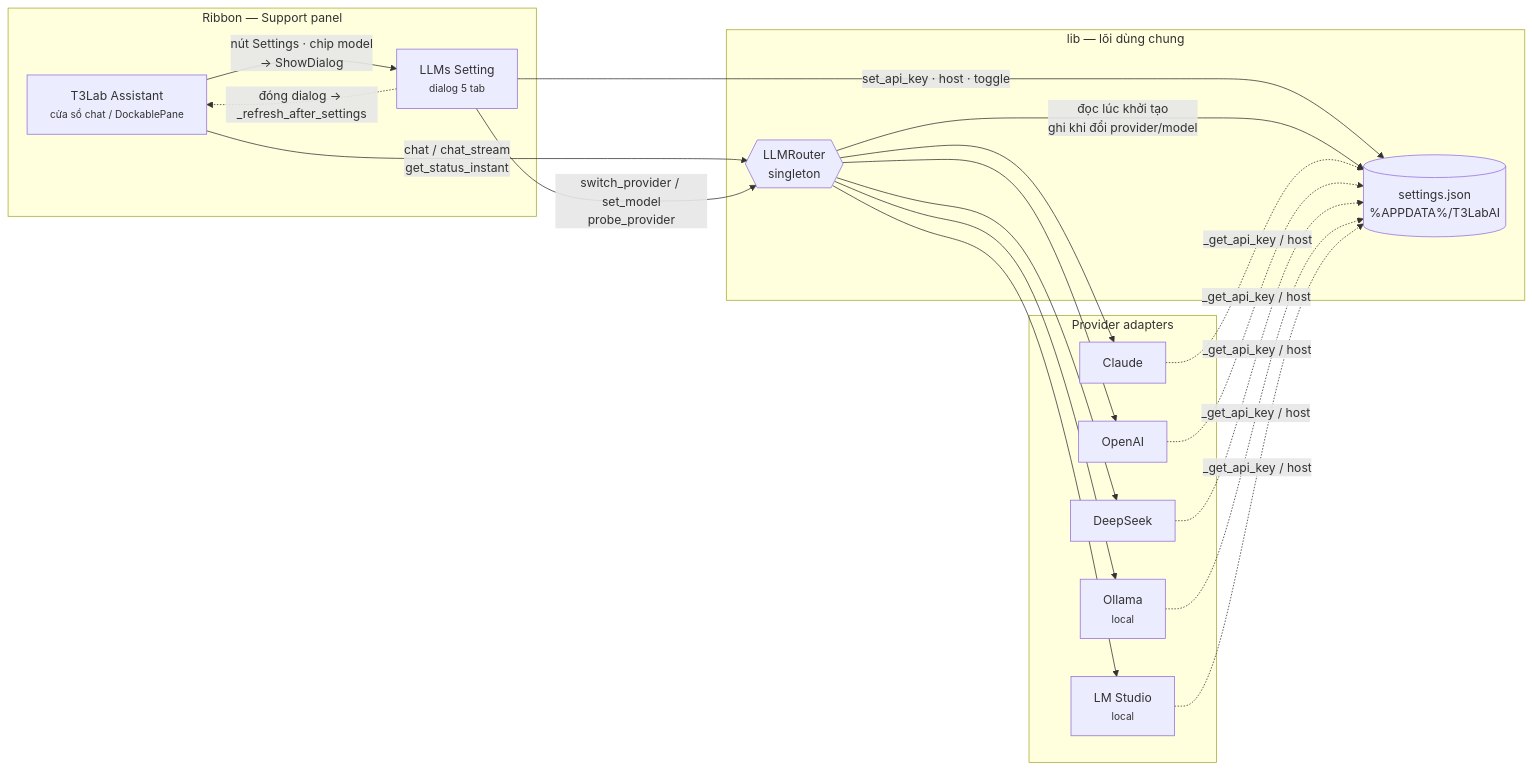
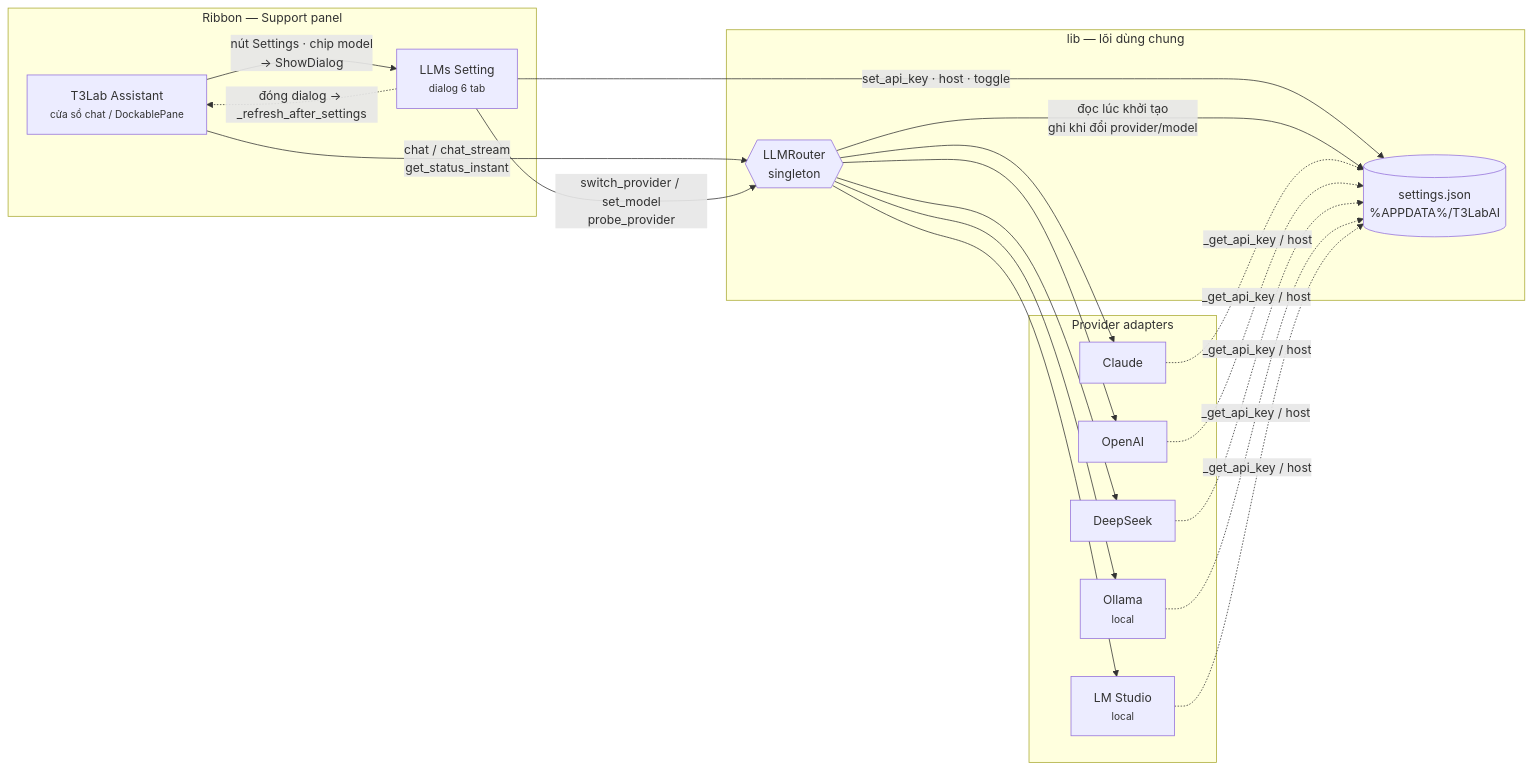
Before and after one commit to thanhtranarch/T3LabLite: the first of 5 diagrams in docs/assistant-llms-setting-flow.md, drawn with Mermaid. The commit also changed other lines of this file and 21 other files, not shown here.

````diff
--- a/docs/assistant-llms-setting-flow.md
+++ b/docs/assistant-llms-setting-flow.md
@@ -18,29 +18,29 @@
 ```mermaid
 flowchart LR
     subgraph UI["Ribbon — Support panel"]
         A["T3Lab Assistant<br/><small>cửa sổ chat / DockablePane</small>"]
-        S["LLMs Setting<br/><small>dialog 5 tab</small>"]
+        S["LLMs Setting<br/><small>dialog 6 tab</small>"]
     end
 
     subgraph CORE["lib — lõi dùng chung"]
         R{{"LLMRouter<br/>singleton"}}
         C[("settings.json<br/>%APPDATA%/T3LabAI")]
     end
 
     subgraph PROV["Provider adapters"]
         P1["Claude"]
         P2["OpenAI"]
         P3["DeepSeek"]
         P4["Ollama<br/><small>local</small>"]
         P5["LM Studio<br/><small>local</small>"]
     end
 
     A -- "chat / chat_stream<br/>get_status_instant" --> R
     A -- "nút Settings · chip model<br/>→ ShowDialog" --> S
     S -- "switch_provider / set_model<br/>probe_provider" --> R
     S -- "set_api_key · host · toggle" --> C
     R -- "đọc lúc khởi tạo<br/>ghi khi đổi provider/model" --> C
     P1 & P2 & P3 & P4 & P5 -. "_get_api_key / host" .-> C
     R --> P1 & P2 & P3 & P4 & P5
     S -. "đóng dialog → _refresh_after_settings" .-> A
 ```
````
